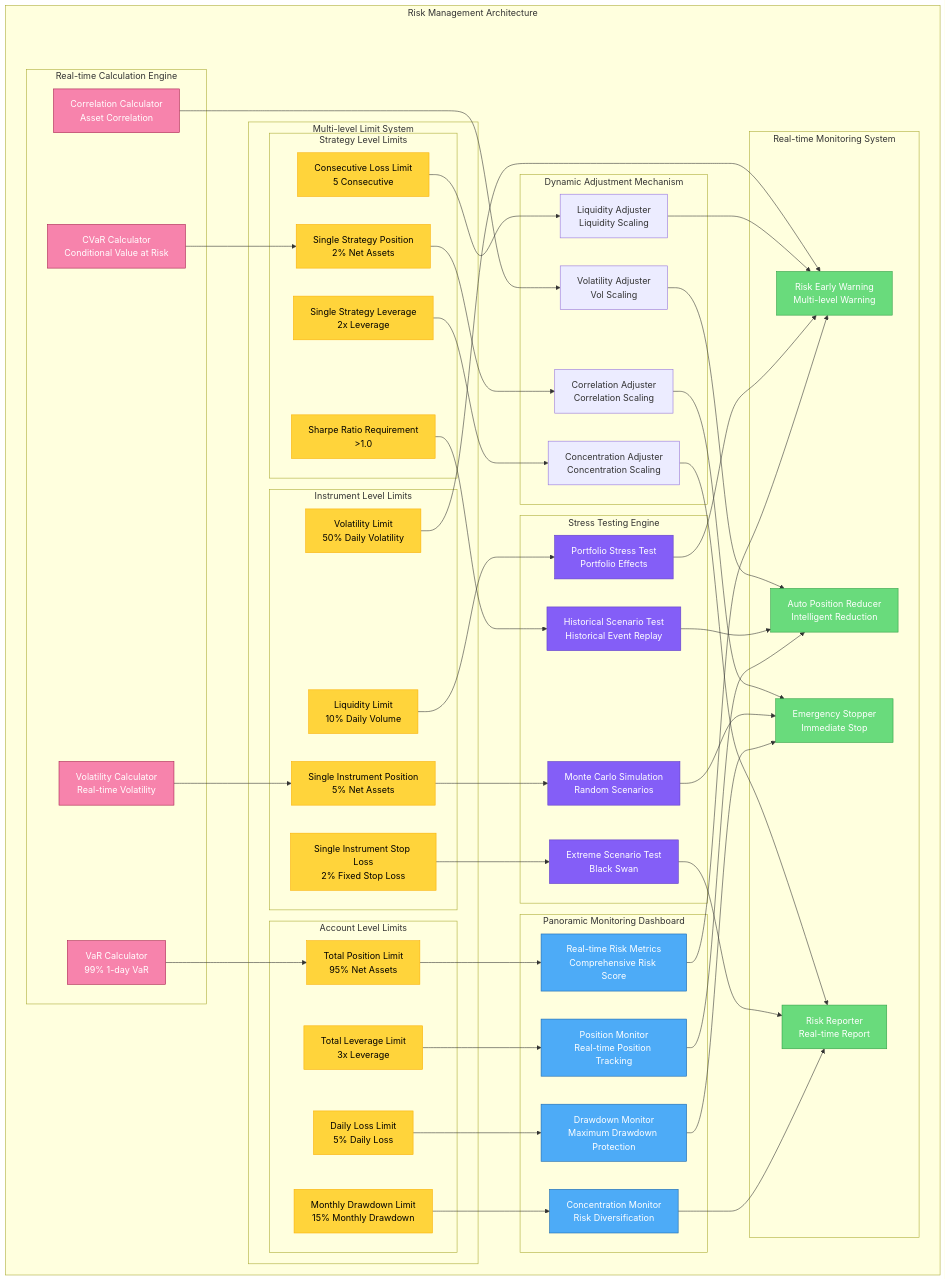
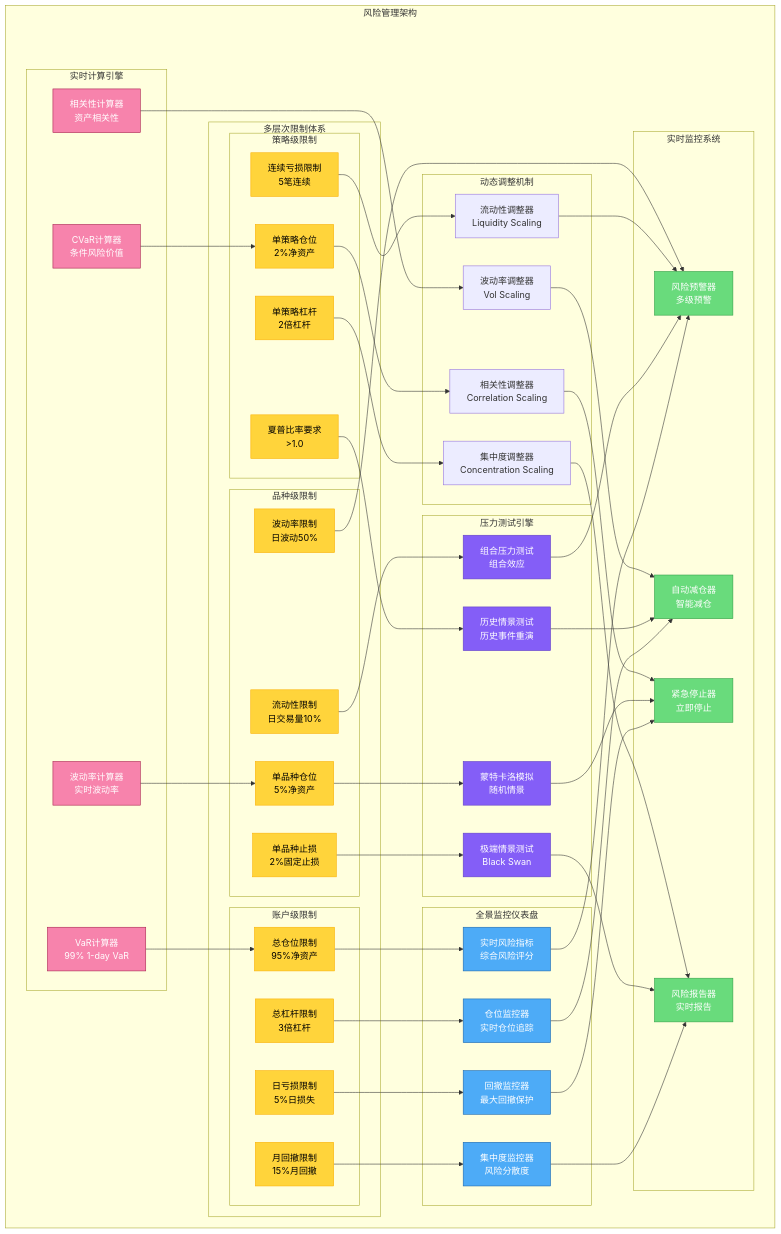
Before and after one commit to zcxGGmu/DeepAlpha: the sixth of 12 diagrams in README.zh.md, drawn with Mermaid. The commit also changed other lines of this file and 1 other file, not shown here.

````diff
--- a/README.zh.md
+++ b/README.zh.md
@@ -737,62 +736,62 @@
 ```mermaid
 graph TB
-    subgraph "Risk Management Architecture"
-        subgraph "Real-time Calculation Engine"
-            RC1[VaR Calculator<br/>99% 1-day VaR]
-            RC2[CVaR Calculator<br/>Conditional Value at Risk]
-            RC3[Volatility Calculator<br/>Real-time Volatility]
-            RC4[Correlation Calculator<br/>Asset Correlation]
+    subgraph "风险管理架构"
+        subgraph "实时计算引擎"
+            RC1[VaR计算器<br/>99% 1-day VaR]
+            RC2[CVaR计算器<br/>条件风险价值]
+            RC3[波动率计算器<br/>实时波动率]
+            RC4[相关性计算器<br/>资产相关性]
         end
 
-        subgraph "Panoramic Monitoring Dashboard"
-            MD1[Real-time Risk Metrics<br/>Comprehensive Risk Score]
-            MD2[Position Monitor<br/>Real-time Position Tracking]
-            MD3[Drawdown Monitor<br/>Maximum Drawdown Protection]
-            MD4[Concentration Monitor<br/>Risk Diversification]
+        subgraph "全景监控仪表盘"
+            MD1[实时风险指标<br/>综合风险评分]
+            MD2[仓位监控器<br/>实时仓位追踪]
+            MD3[回撤监控器<br/>最大回撤保护]
+            MD4[集中度监控器<br/>风险分散度]
         end
 
-        subgraph "Multi-level Limit System"
-            subgraph "Account Level Limits"
-                AL1[Total Position Limit<br/>95% Net Assets]
-                AL2[Total Leverage Limit<br/>3x Leverage]
-                AL3[Daily Loss Limit<br/>5% Daily Loss]
-                AL4[Monthly Drawdown Limit<br/>15% Monthly Drawdown]
+        subgraph "多层次限制体系"
+            subgraph "账户级限制"
+                AL1[总仓位限制<br/>95%净资产]
+                AL2[总杠杆限制<br/>3倍杠杆]
+                AL3[日亏损限制<br/>5%日损失]
+                AL4[月回撤限制<br/>15%月回撤]
             end
 
-            subgraph "Strategy Level Limits"
-                SL1[Single Strategy Position<br/>2% Net Assets]
-                SL2[Single Strategy Leverage<br/>2x Leverage]
-                SL3[Consecutive Loss Limit<br/>5 Consecutive]
-                SL4[Sharpe Ratio Requirement<br/>>1.0]
+            subgraph "策略级限制"
+                SL1[单策略仓位<br/>2%净资产]
+                SL2[单策略杠杆<br/>2倍杠杆]
+                SL3[连续亏损限制<br/>5笔连续]
+                SL4[夏普比率要求<br/>>1.0]
             end
 
-            subgraph "Instrument Level Limits"
-                IL1[Single Instrument Position<br/>5% Net Assets]
-                IL2[Single Instrument Stop Loss<br/>2% Fixed Stop Loss]
-                IL3[Liquidity Limit<br/>10% Daily Volume]
-                IL4[Volatility Limit<br/>50% Daily Volatility]
+            subgraph "品种级限制"
+                IL1[单品种仓位<br/>5%净资产]
+                IL2[单品种止损<br/>2%固定止损]
+                IL3[流动性限制<br/>日交易量10%]
+                IL4[波动率限制<br/>日波动50%]
             end
         end
 
-        subgraph "Dynamic Adjustment Mechanism"
-            DA1[Volatility Adjuster<br/>Vol Scaling]
-            DA2[Correlation Adjuster<br/>Correlation Scaling]
-            DA3[Concentration Adjuster<br/>Concentration Scaling]
-            DA4[Liquidity Adjuster<br/>Liquidity Scaling]
+        subgraph "动态调整机制"
+            DA1[波动率调整器<br/>Vol Scaling]
+            DA2[相关性调整器<br/>Correlation Scaling]
+            DA3[集中度调整器<br/>Concentration Scaling]
+            DA4[流动性调整器<br/>Liquidity Scaling]
         end
 
-        subgraph "Stress Testing Engine"
-            ST1[Historical Scenario Test<br/>Historical Event Replay]
-            ST2[Monte Carlo Simulation<br/>Random Scenarios]
-            ST3[Extreme Scenario Test<br/>Black Swan]
-            ST4[Portfolio Stress Test<br/>Portfolio Effects]
+        subgraph "压力测试引擎"
+            ST1[历史情景测试<br/>历史事件重演]
+            ST2[蒙特卡洛模拟<br/>随机情景]
+            ST3[极端情景测试<br/>Black Swan]
+            ST4[组合压力测试<br/>组合效应]
         end
 
-        subgraph "Real-time Monitoring System"
-            RM1[Risk Early Warning<br/>Multi-level Warning]
-            RM2[Auto Position Reducer<br/>Intelligent Reduction]
-            RM3[Emergency Stopper<br/>Immediate Stop]
-            RM4[Risk Reporter<br/>Real-time Report]
+        subgraph "实时监控系统"
+            RM1[风险预警器<br/>多级预警]
+            RM2[自动减仓器<br/>智能减仓]
+            RM3[紧急停止器<br/>立即停止]
+            RM4[风险报告器<br/>实时报告]
         end
     end
 
````
